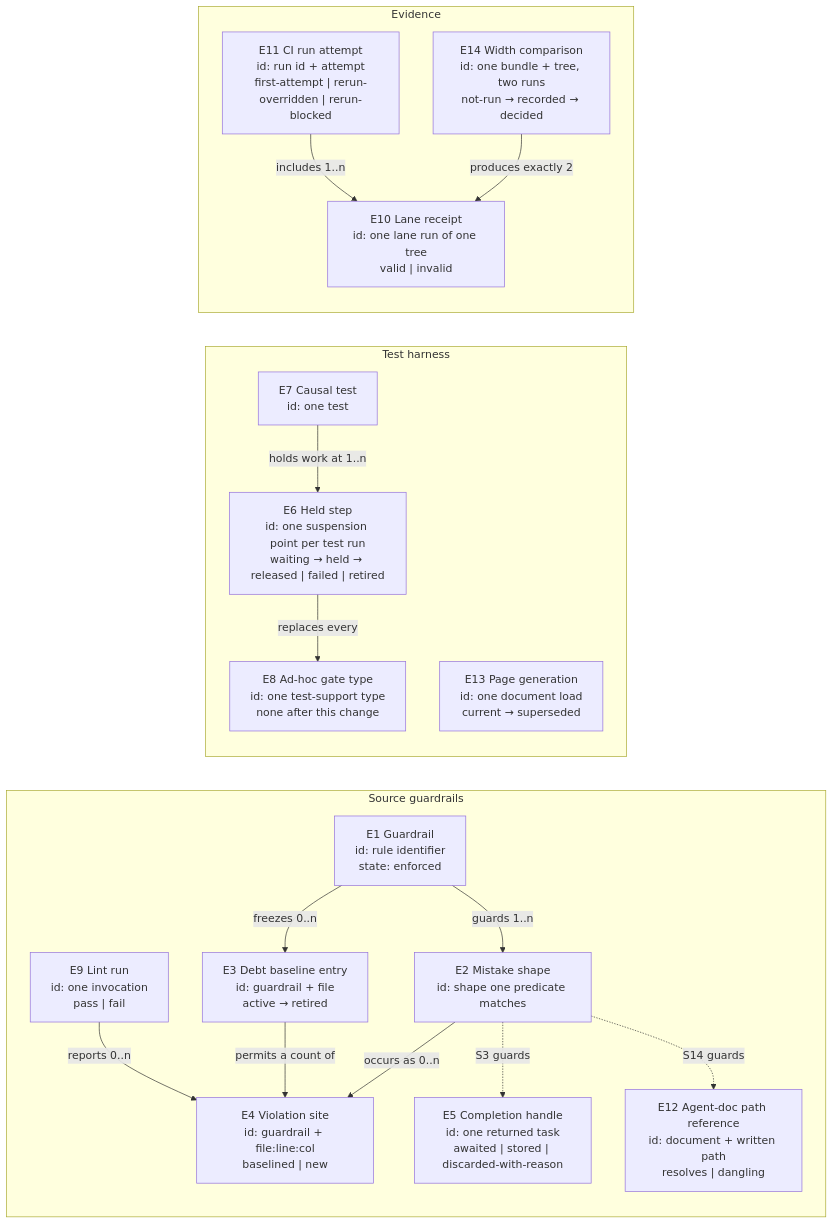
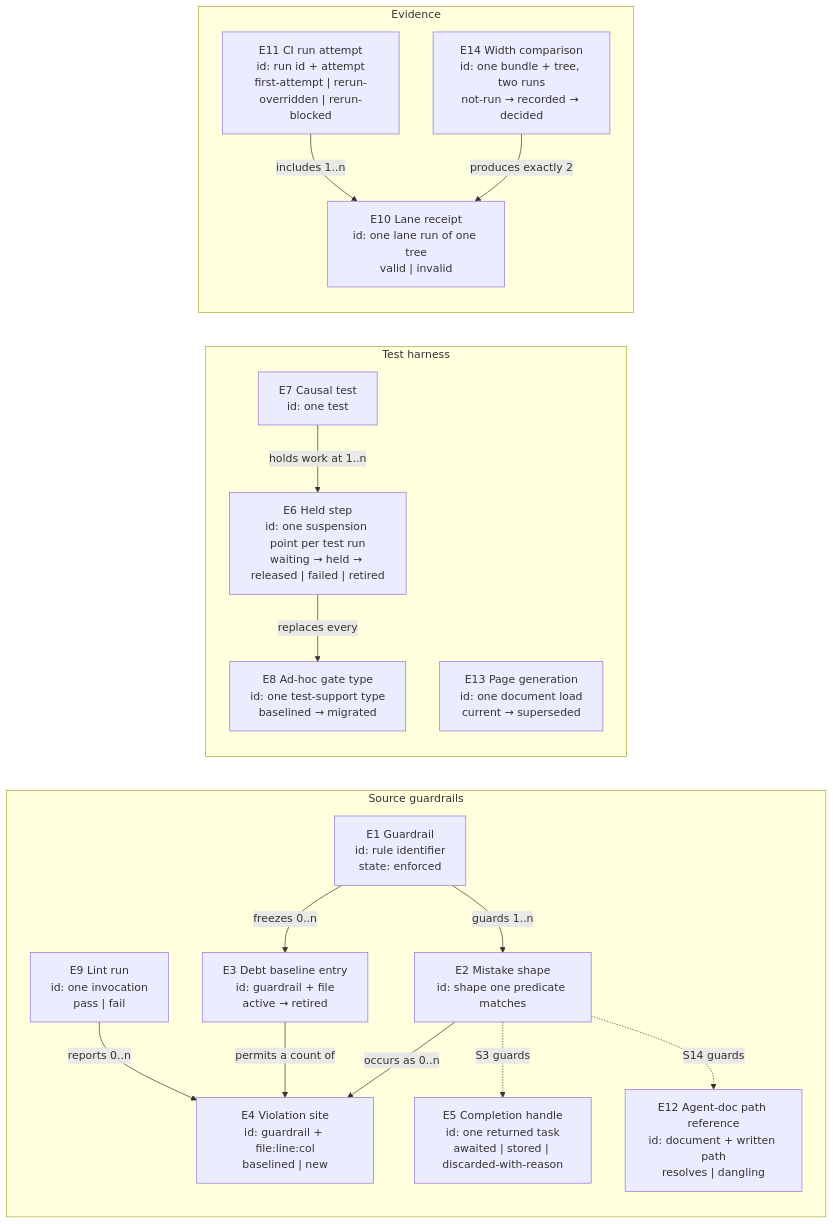
The second of 2 diagrams in docs/specs/2026-09-23-ci-guardrails/2026-09-23-ci-guardrails-specification.md (ShravanSunder/agentstudio), drawn with Mermaid before and after one commit. The commit also changed other lines of this file and 1 other file, not shown here.

First line of the commit message:
Correct the guardrails design after independent review

````diff
--- a/docs/specs/2026-09-23-ci-guardrails/2026-09-23-ci-guardrails-specification.md
+++ b/docs/specs/2026-09-23-ci-guardrails/2026-09-23-ci-guardrails-specification.md
@@ -57,34 +57,34 @@
 ```mermaid
 flowchart LR
     subgraph lint["Source guardrails"]
         E1["E1 Guardrail<br/>id: rule identifier<br/>state: enforced"]
         E2["E2 Mistake shape<br/>id: shape one predicate matches"]
         E3["E3 Debt baseline entry<br/>id: guardrail + file<br/>active → retired"]
         E4["E4 Violation site<br/>id: guardrail + file:line:col<br/>baselined | new"]
         E9["E9 Lint run<br/>id: one invocation<br/>pass | fail"]
         E5["E5 Completion handle<br/>id: one returned task<br/>awaited | stored | discarded-with-reason"]
         E12["E12 Agent-doc path reference<br/>id: document + written path<br/>resolves | dangling"]
     end
     subgraph harness["Test harness"]
         E7["E7 Causal test<br/>id: one test"]
         E6["E6 Held step<br/>id: one suspension point per test run<br/>waiting → held → released | failed | retired"]
-        E8["E8 Ad-hoc gate type<br/>id: one test-support type<br/>none after this change"]
+        E8["E8 Ad-hoc gate type<br/>id: one test-support type<br/>baselined → migrated"]
         E13["E13 Page generation<br/>id: one document load<br/>current → superseded"]
     end
     subgraph evidence["Evidence"]
         E10["E10 Lane receipt<br/>id: one lane run of one tree<br/>valid | invalid"]
         E11["E11 CI run attempt<br/>id: run id + attempt<br/>first-attempt | rerun-overridden | rerun-blocked"]
         E14["E14 Width comparison<br/>id: one bundle + tree, two runs<br/>not-run → recorded → decided"]
     end
     E1 -- "guards 1..n" --> E2
     E1 -- "freezes 0..n" --> E3
     E2 -- "occurs as 0..n" --> E4
     E3 -- "permits a count of" --> E4
     E9 -- "reports 0..n" --> E4
     E2 -. "S3 guards" .-> E5
     E2 -. "S14 guards" .-> E12
     E7 -- "holds work at 1..n" --> E6
     E6 -- "replaces every" --> E8
     E11 -- "includes 1..n" --> E10
     E14 -- "produces exactly 2" --> E10
 ```
````
